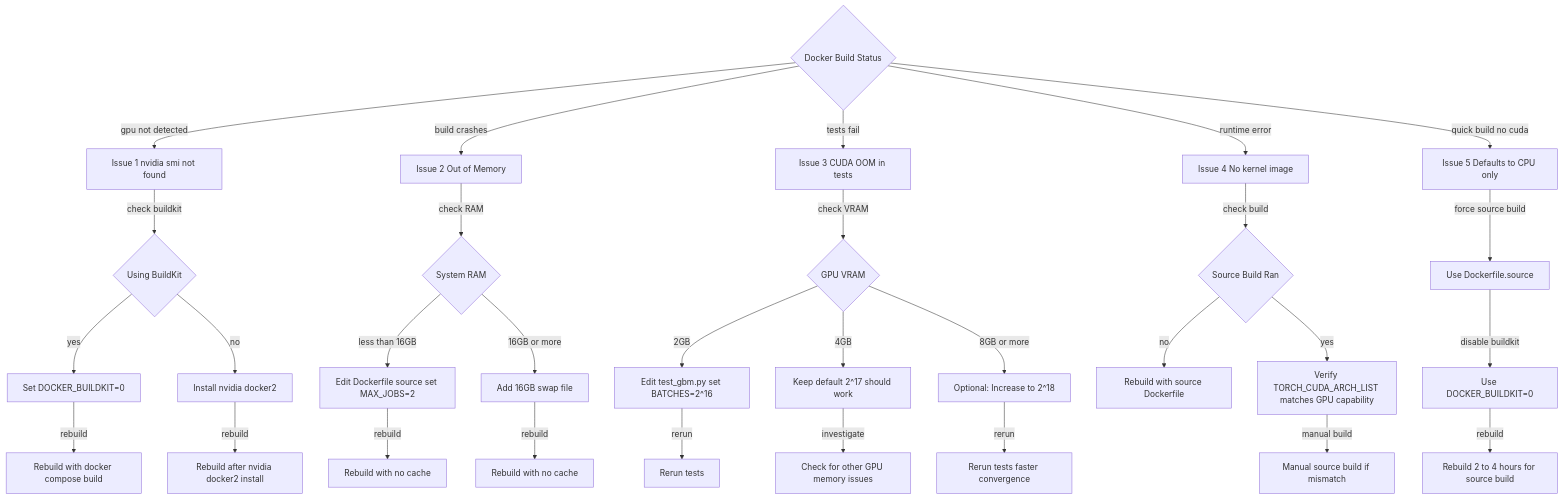
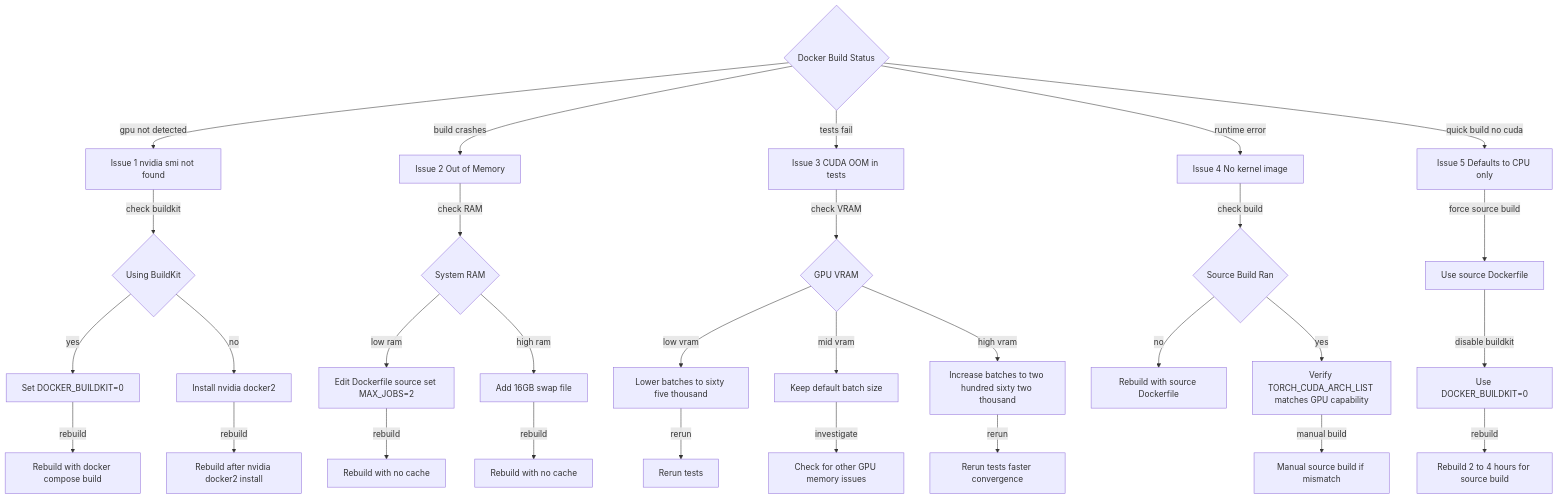
The diagram in documents/engineering/gpu_build.md (Tuee22/SpectralMC), drawn with Mermaid before and after one commit. The commit also changed 29 other files, not shown here.

````diff
--- a/documents/engineering/gpu_build.md
+++ b/documents/engineering/gpu_build.md
@@ -352,44 +352,44 @@
 ```mermaid
 flowchart TB
   Start{Docker Build Status}
   NoGPU[Issue 1 nvidia smi not found]
   OOM[Issue 2 Out of Memory]
   TestOOM[Issue 3 CUDA OOM in tests]
   NoKernel[Issue 4 No kernel image]
   CPUOnly[Issue 5 Defaults to CPU only]
 
   Start -->|gpu not detected| NoGPU
   Start -->|build crashes| OOM
   Start -->|tests fail| TestOOM
   Start -->|runtime error| NoKernel
   Start -->|quick build no cuda| CPUOnly
 
   NoGPU -->|check buildkit| DockerBuildKit{Using BuildKit}
   DockerBuildKit -->|yes| DisableBuildKit[Set DOCKER_BUILDKIT=0]
   DockerBuildKit -->|no| CheckNvidiaDocker[Install nvidia docker2]
   DisableBuildKit -->|rebuild| RebuildAfterBuildKit[Rebuild with docker compose build]
   CheckNvidiaDocker -->|rebuild| RebuildAfterDocker[Rebuild after nvidia docker2 install]
 
   OOM -->|check RAM| CheckRAM{System RAM}
-  CheckRAM -->|less than 16GB| ReduceJobs[Edit Dockerfile source set MAX_JOBS=2]
-  CheckRAM -->|16GB or more| AddSwap[Add 16GB swap file]
+  CheckRAM -->|low ram| ReduceJobs[Edit Dockerfile source set MAX_JOBS=2]
+  CheckRAM -->|high ram| AddSwap[Add 16GB swap file]
   ReduceJobs -->|rebuild| RebuildAfterRAM[Rebuild with no cache]
   AddSwap -->|rebuild| RebuildAfterSwap[Rebuild with no cache]
 
   TestOOM -->|check VRAM| CheckVRAM{GPU VRAM}
-  CheckVRAM -->|2GB| ReduceBatch2GB[Edit test_gbm.py set BATCHES=2^16]
-  CheckVRAM -->|4GB| KeepDefault[Keep default 2^17 should work]
-  CheckVRAM -->|8GB or more| IncreaseBatch[Optional: Increase to 2^18]
+  CheckVRAM -->|low vram| ReduceBatch2GB[Lower batches to sixty five thousand]
+  CheckVRAM -->|mid vram| KeepDefault[Keep default batch size]
+  CheckVRAM -->|high vram| IncreaseBatch[Increase batches to two hundred sixty two thousand]
   ReduceBatch2GB -->|rerun| RerunTests[Rerun tests]
   KeepDefault -->|investigate| CheckOtherIssues[Check for other GPU memory issues]
   IncreaseBatch -->|rerun| RerunTestsFaster[Rerun tests faster convergence]
 
   NoKernel -->|check build| CheckBuild{Source Build Ran}
   CheckBuild -->|no| RebuildSource[Rebuild with source Dockerfile]
   CheckBuild -->|yes| CheckArch[Verify TORCH_CUDA_ARCH_LIST matches GPU capability]
   CheckArch -->|manual build| ManualSourceBuild[Manual source build if mismatch]
 
-  CPUOnly -->|force source build| ForceBuild[Use Dockerfile.source]
+  CPUOnly -->|force source build| ForceBuild[Use source Dockerfile]
   ForceBuild -->|disable buildkit| UseNoBuildKit[Use DOCKER_BUILDKIT=0]
   UseNoBuildKit -->|rebuild| RebuildFromSource[Rebuild 2 to 4 hours for source build]
 ```
````
